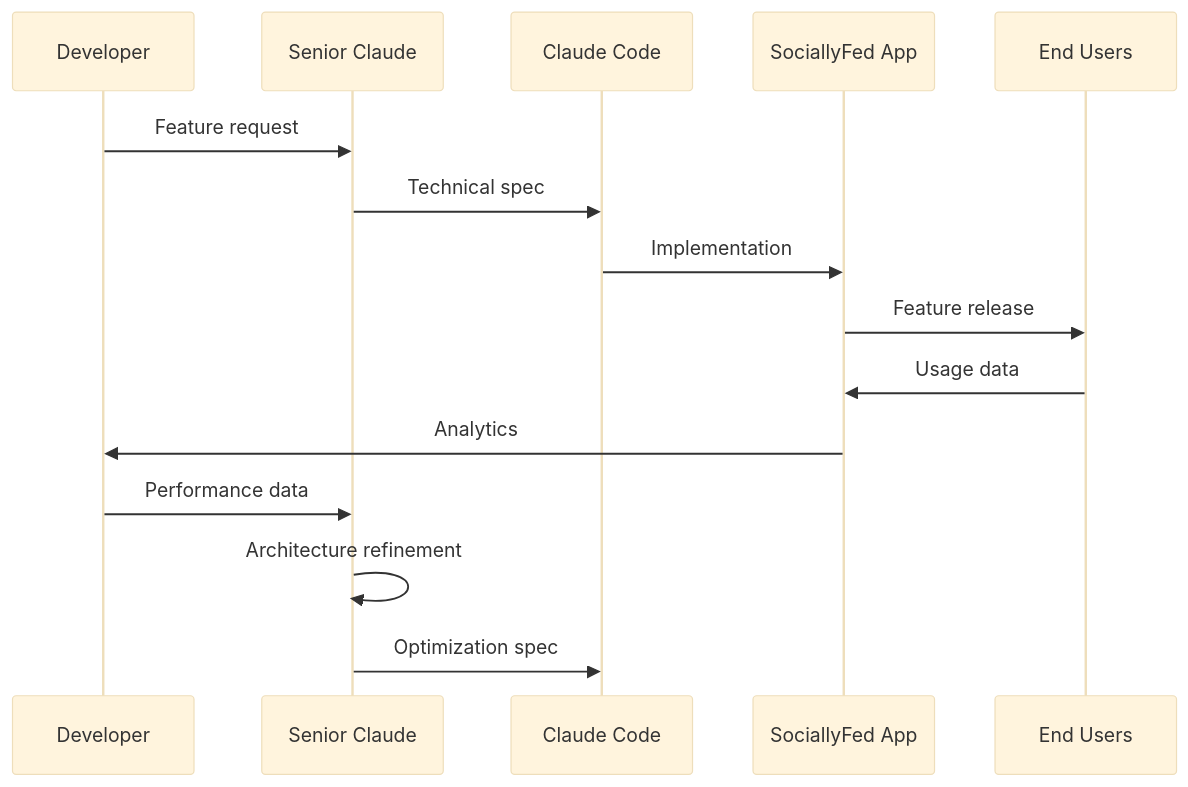
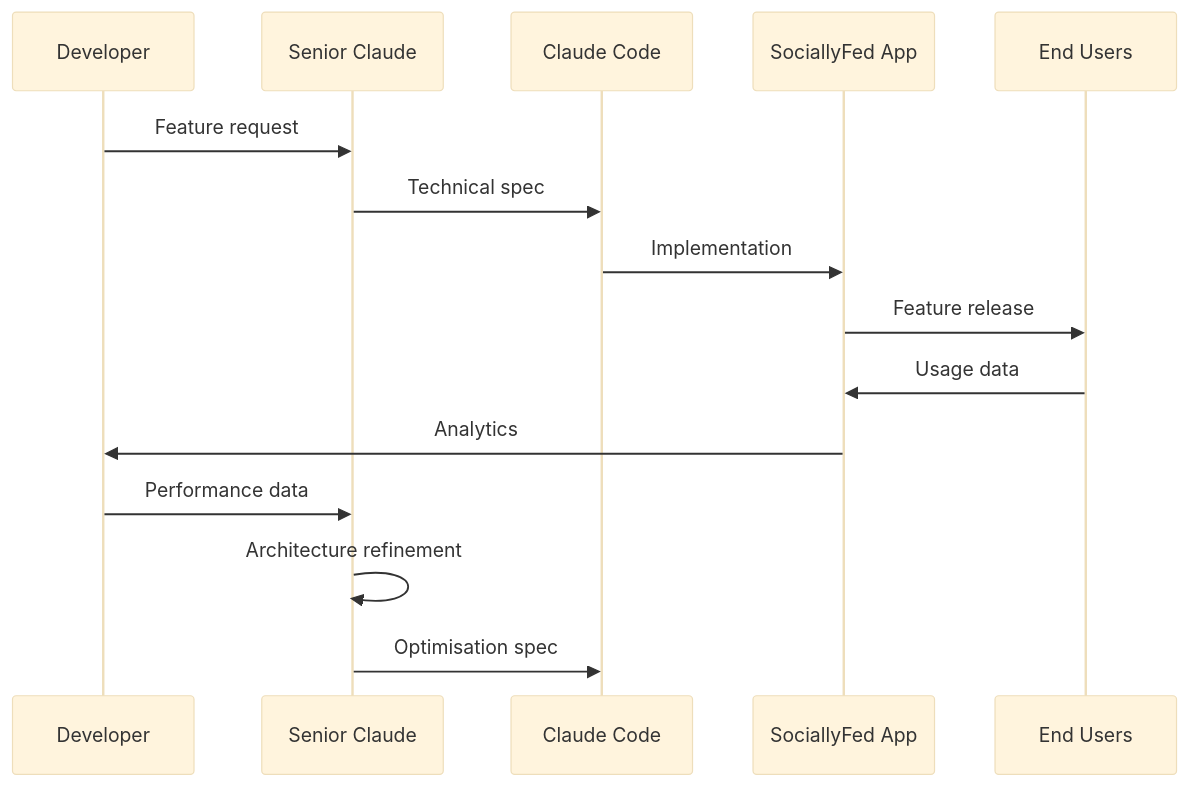
One commit to ben-marino/sociallyfed-ai-workflow changed the sixth of 8 diagrams in docs/ARCHITECTURE.md. Above: the diagram before and after it, drawn with Mermaid (base theme). The commit also changed other lines of this file, not shown here.

First line of the commit message:
Update ARCHITECTURE.md

````diff
--- a/docs/ARCHITECTURE.md
+++ b/docs/ARCHITECTURE.md
@@ -1132,18 +1132,18 @@
 ```mermaid
 sequenceDiagram
     participant Dev as Developer
     participant Senior as Senior Claude
     participant Code as Claude Code
     participant App as SociallyFed App
     participant Users as End Users
     
     Dev->>Senior: Feature request
     Senior->>Code: Technical spec
     Code->>App: Implementation
     App->>Users: Feature release
     Users->>App: Usage data
     App->>Dev: Analytics
     Dev->>Senior: Performance data
     Senior->>Senior: Architecture refinement
-    Senior->>Code: Optimization spec
+    Senior->>Code: Optimisation spec
 ```
````
